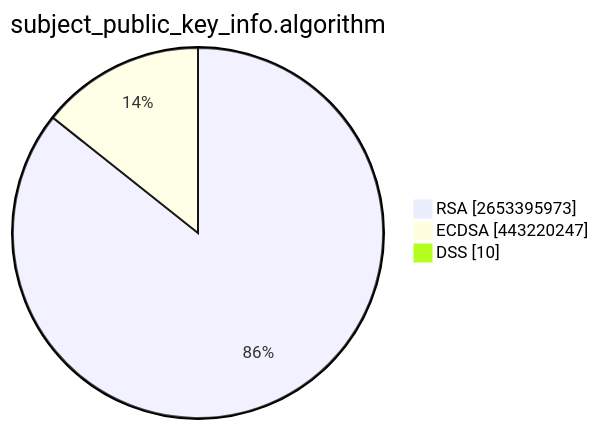
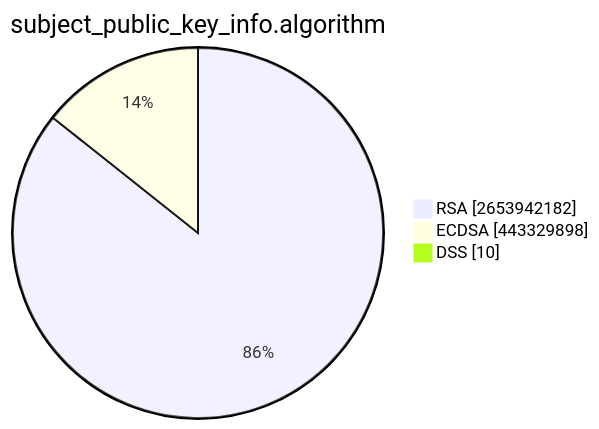
One commit to christiankrug/ctmonitor_visualization changed the second of 15 diagrams in TOTAL/README.md. Above: the diagram before and after it, drawn with Mermaid. The commit also changed other lines of this file, not shown here.

````diff
--- a/TOTAL/README.md
+++ b/TOTAL/README.md
@@ -6,7 +6,7 @@
 ```mermaid
 pie showData
 title subject_public_key_info.algorithm
-"RSA" :2653395973
-"ECDSA" :443220247
+"RSA" :2653942182
+"ECDSA" :443329898
 "DSS" :10
 ```
````
